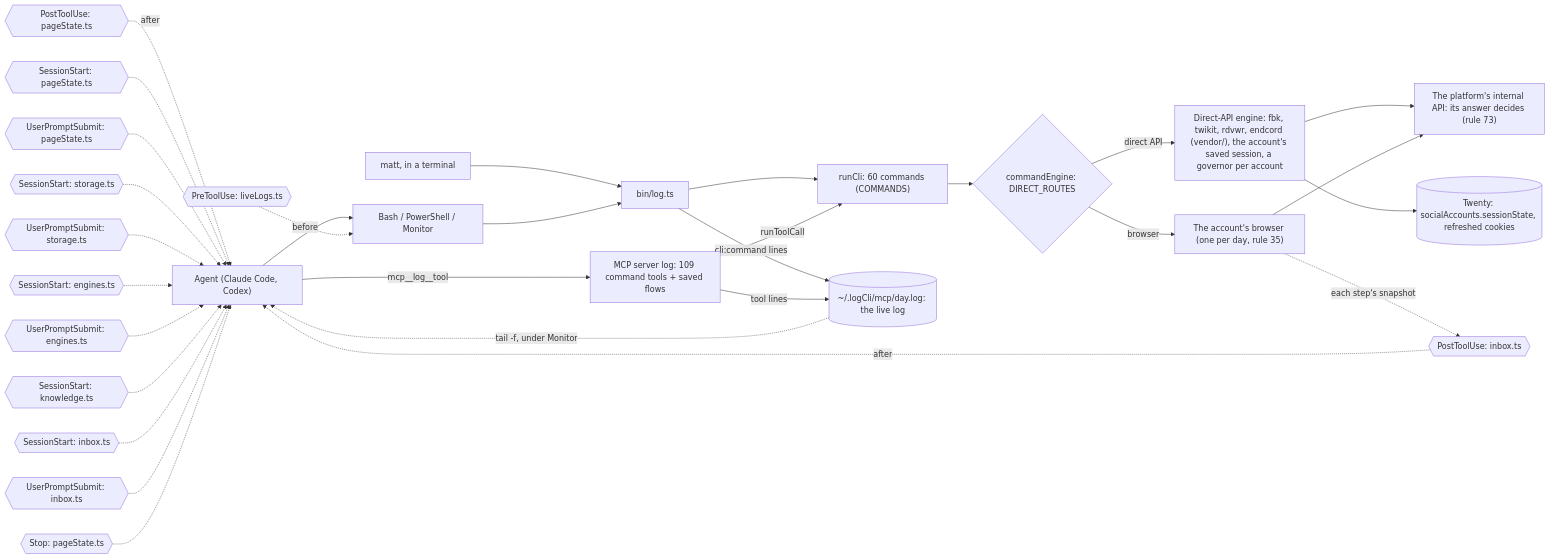
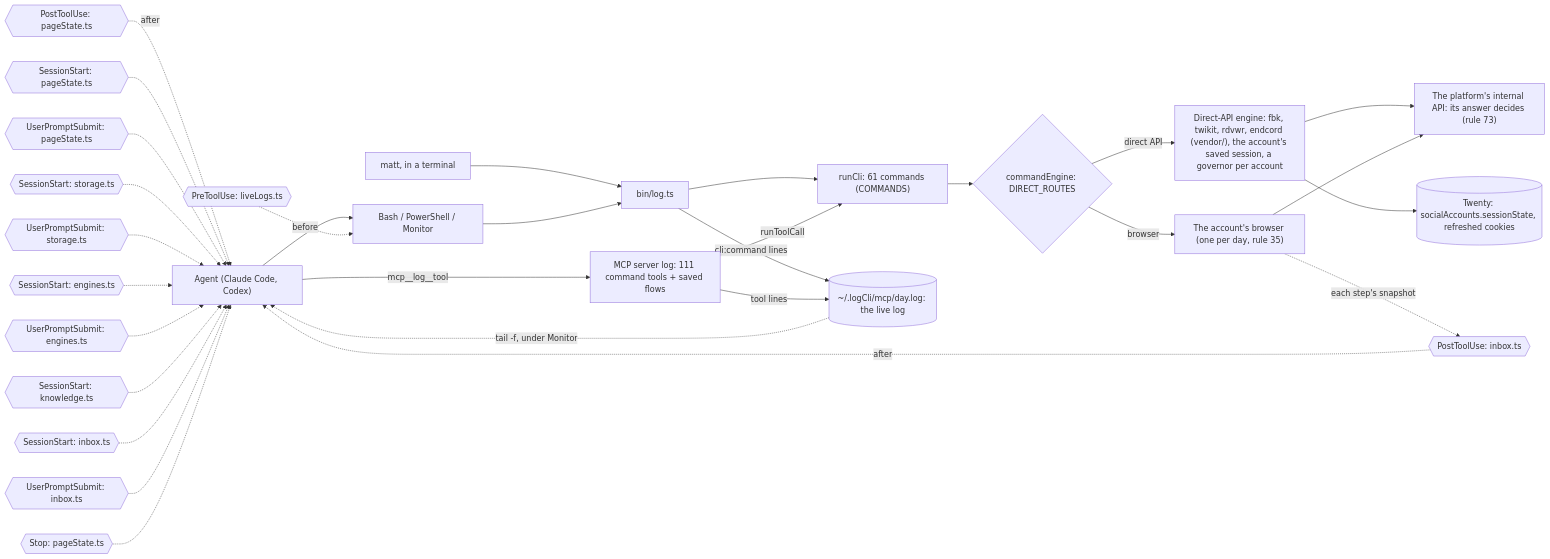
One commit to matthewdonsemail-lab/log changed the diagram in docs/diagrams/surface.mmd. Above: the diagram before and after it, drawn with Mermaid. The commit also changed 22 other files, not shown here.

```diff
--- a/docs/diagrams/surface.mmd
+++ b/docs/diagrams/surface.mmd
@@ -1,44 +1,44 @@
 %% How a call reaches log-cli. From a shell or over MCP, both run the same commands through `runCli`, write the same live log, and pass through the same hooks. `commandEngine` sends each command to the platform's direct API or to the account's browser.
 %% Written by `bun run docs:build` from the code (rule 56). Not edited by hand.
 flowchart LR
   agent["Agent (Claude Code, Codex)"]
   matt["matt, in a terminal"]
   shell["Bash / PowerShell / Monitor"]
-  mcp["MCP server log: 109 command tools + saved flows"]
+  mcp["MCP server log: 111 command tools + saved flows"]
   bin["bin/log.ts"]
-  runCli["runCli: 60 commands (COMMANDS)"]
+  runCli["runCli: 61 commands (COMMANDS)"]
   live[("~/.logCli/mcp/day.log: the live log")]
   engine{"commandEngine: DIRECT_ROUTES"}
   direct["Direct-API engine: fbk, twikit, rdvwr, endcord (vendor/), the account's saved session, a governor per account"]
   browser["The account's browser (one per day, rule 35)"]
   api["The platform's internal API: its answer decides (rule 73)"]
   twenty[("Twenty: socialAccounts.sessionState, refreshed cookies")]
   agent --> shell
   matt --> bin
   shell --> bin
   agent -->|mcp__log__tool| mcp
   bin --> runCli
   mcp -->|runToolCall| runCli
   runCli --> engine
   engine -->|direct API| direct
   engine -->|browser| browser
   direct --> api
   browser --> api
   direct --> twenty
   bin -->|cli:command lines| live
   mcp -->|tool lines| live
   live -.->|tail -f, under Monitor| agent
   pre0{{"PreToolUse: liveLogs.ts"}} -.->|before| shell
   post0{{"PostToolUse: inbox.ts"}} -.->|after| agent
   post1{{"PostToolUse: pageState.ts"}} -.->|after| agent
   turn0{{"SessionStart: pageState.ts"}} -.-> agent
   turn1{{"UserPromptSubmit: pageState.ts"}} -.-> agent
   turn2{{"SessionStart: storage.ts"}} -.-> agent
   turn3{{"UserPromptSubmit: storage.ts"}} -.-> agent
   turn4{{"SessionStart: engines.ts"}} -.-> agent
   turn5{{"UserPromptSubmit: engines.ts"}} -.-> agent
   turn6{{"SessionStart: knowledge.ts"}} -.-> agent
   turn7{{"SessionStart: inbox.ts"}} -.-> agent
   turn8{{"UserPromptSubmit: inbox.ts"}} -.-> agent
   turn9{{"Stop: pageState.ts"}} -.-> agent
   browser -.->|each step's snapshot| post0
```
